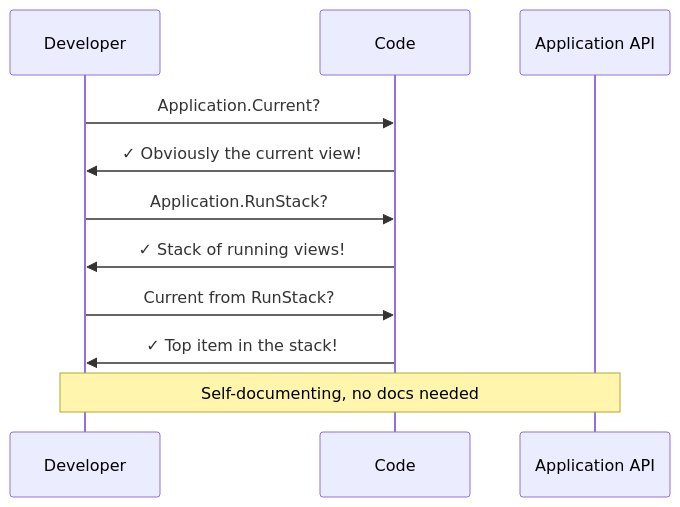
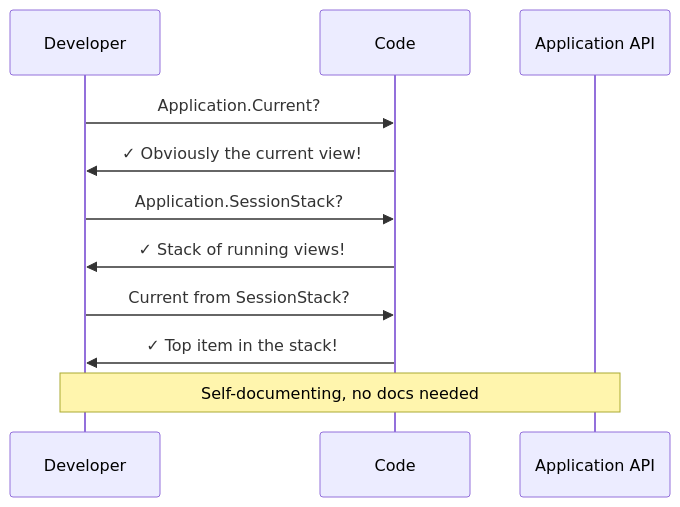
The fourth of 11 diagrams in docfx/docs/terminology-diagrams.md (gui-cs/Terminal.Gui), drawn with Mermaid before and after one commit. The commit also changed other lines of this file and 4 other files, not shown here.

Commit message:
Update proposal: RunStack → SessionStack to align with SessionToken terminology

````diff
--- a/docfx/docs/terminology-diagrams.md
+++ b/docfx/docs/terminology-diagrams.md
@@ -83,17 +83,17 @@
 ```mermaid
 sequenceDiagram
     participant Dev as Developer
     participant Code as Code
     participant API as Application API
     
     Dev->>Code: Application.Current?
     Code->>Dev: ✓ Obviously the current view!
     
-    Dev->>Code: Application.RunStack?
+    Dev->>Code: Application.SessionStack?
     Code->>Dev: ✓ Stack of running views!
     
-    Dev->>Code: Current from RunStack?
+    Dev->>Code: Current from SessionStack?
     Code->>Dev: ✓ Top item in the stack!
     
     Note over Dev,API: Self-documenting, no docs needed
 ```
````
